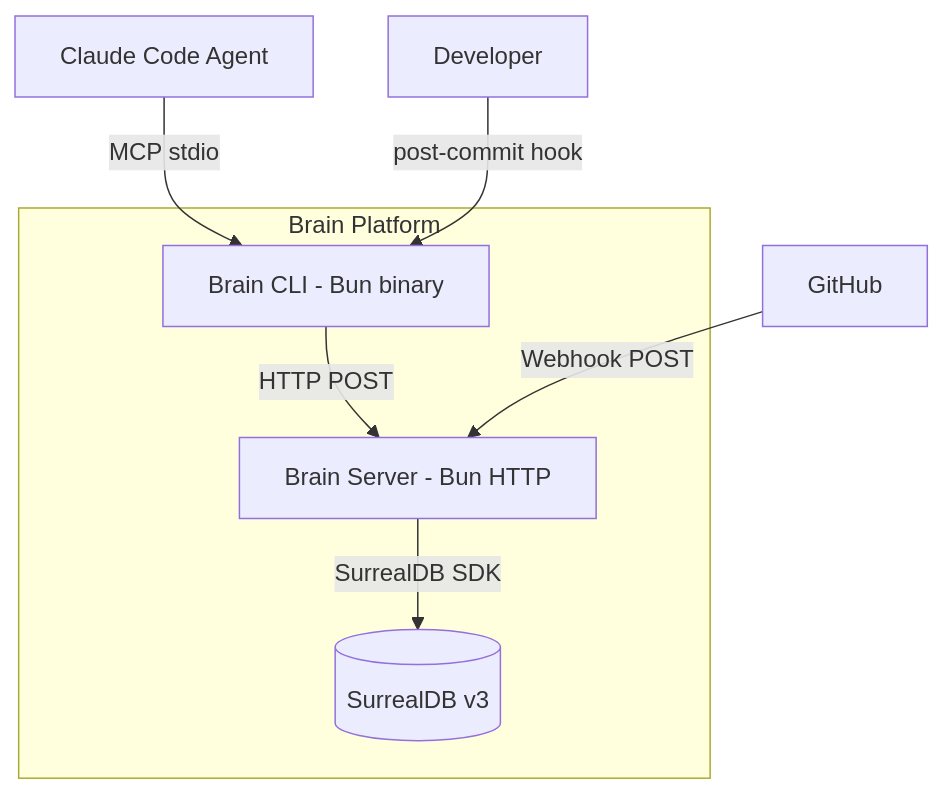
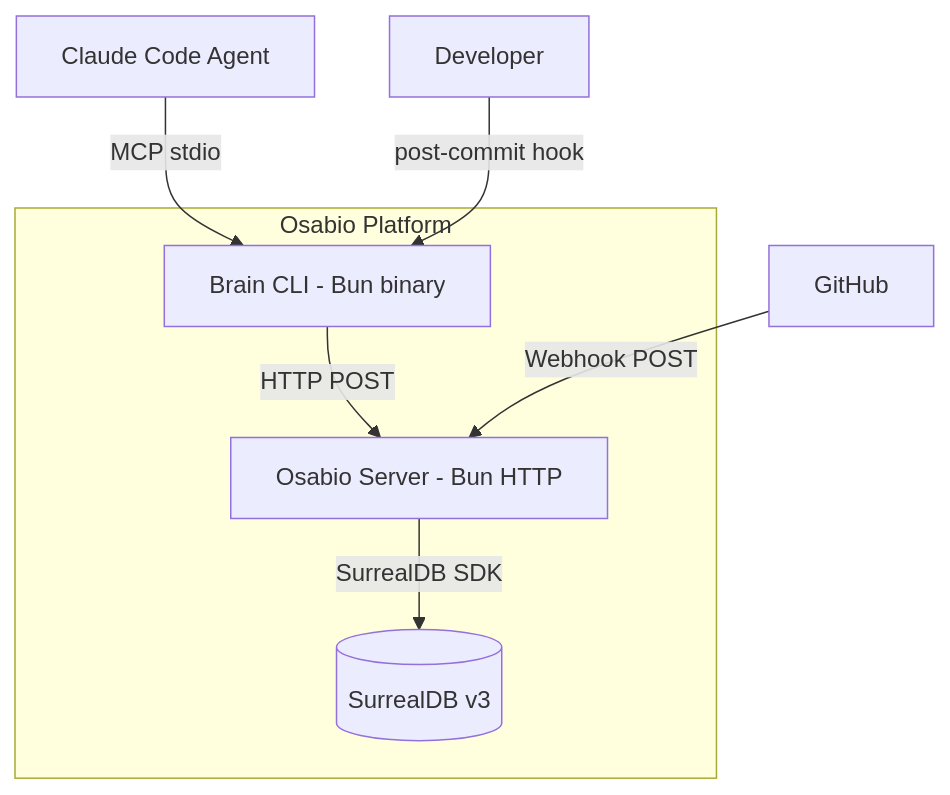
The second of 3 diagrams in docs/design/task-status-ownership/architecture.md (marcus-sa/osabio), drawn with Mermaid before and after one commit. The commit also changed other lines of this file and 525 other files, not shown here.

First line of the commit message:
refactor: rename brain to osabio (#203)

````diff
--- a/docs/design/task-status-ownership/architecture.md
+++ b/docs/design/task-status-ownership/architecture.md
@@ -43,18 +43,18 @@
 ```mermaid
 graph TB
     dev[Developer]
     github[GitHub]
     claude[Claude Code Agent]
 
-    subgraph brain [Brain Platform]
+    subgraph osabio [Osabio Platform]
         cli[Brain CLI - Bun binary]
-        server[Brain Server - Bun HTTP]
+        server[Osabio Server - Bun HTTP]
         surreal[(SurrealDB v3)]
     end
 
     claude -->|MCP stdio| cli
     cli -->|HTTP POST| server
     dev -->|post-commit hook| cli
     github -->|Webhook POST| server
     server -->|SurrealDB SDK| surreal
 ```
````
